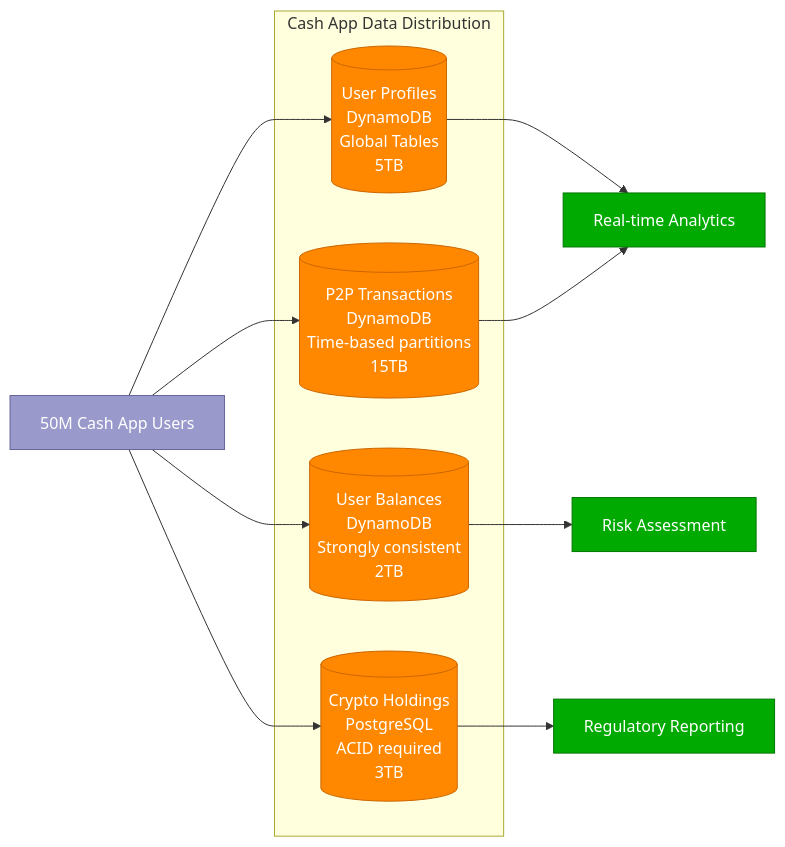
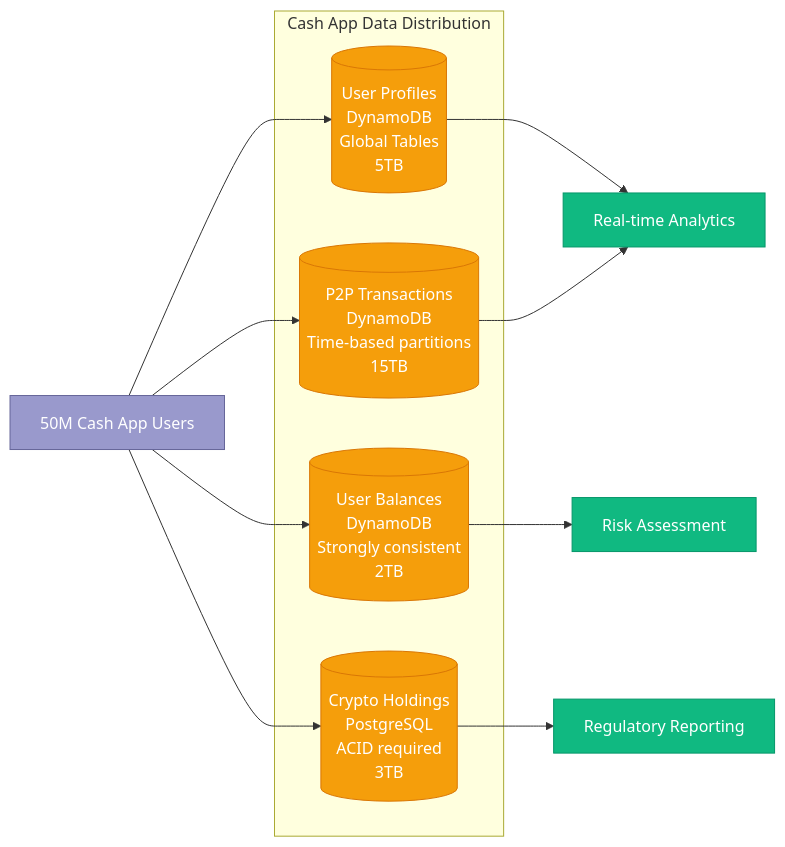
One commit to deepaucksharma/DS changed the second of 4 diagrams in site/docs/systems/square/03-storage-architecture.md. Above: the diagram before and after it, drawn with Mermaid. The commit also changed other lines of this file and 187 other files, not shown here.

````diff
--- a/site/docs/systems/square/03-storage-architecture.md
+++ b/site/docs/systems/square/03-storage-architecture.md
@@ -173,27 +173,27 @@
 ```mermaid
 graph LR
     subgraph CashAppData[Cash App Data Distribution]
         USERPROFILE[(User Profiles<br/>DynamoDB<br/>Global Tables<br/>5TB)]
         TRANSACTIONS[(P2P Transactions<br/>DynamoDB<br/>Time-based partitions<br/>15TB)]
         BALANCES[(User Balances<br/>DynamoDB<br/>Strongly consistent<br/>2TB)]
         CRYPTO[(Crypto Holdings<br/>PostgreSQL<br/>ACID required<br/>3TB)]
     end
 
     USER[50M Cash App Users] --> USERPROFILE
     USER --> TRANSACTIONS
     USER --> BALANCES
     USER --> CRYPTO
 
     USERPROFILE --> ANALYTICS[Real-time Analytics]
     TRANSACTIONS --> ANALYTICS
     BALANCES --> RISK[Risk Assessment]
     CRYPTO --> COMPLIANCE[Regulatory Reporting]
 
-    classDef dbStyle fill:#FF8800,stroke:#CC6600,color:#fff
+    classDef dbStyle fill:#F59E0B,stroke:#D97706,color:#fff
     classDef userStyle fill:#9999CC,stroke:#666699,color:#fff
-    classDef processStyle fill:#00AA00,stroke:#007700,color:#fff
+    classDef processStyle fill:#10B981,stroke:#059669,color:#fff
 
     class USERPROFILE,TRANSACTIONS,BALANCES,CRYPTO dbStyle
     class USER userStyle
     class ANALYTICS,RISK,COMPLIANCE processStyle
 ```
````
